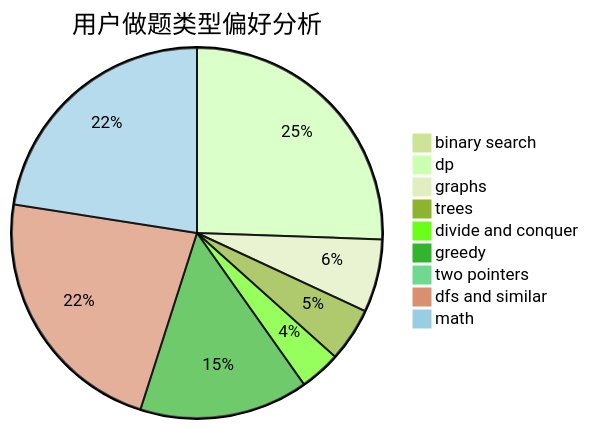
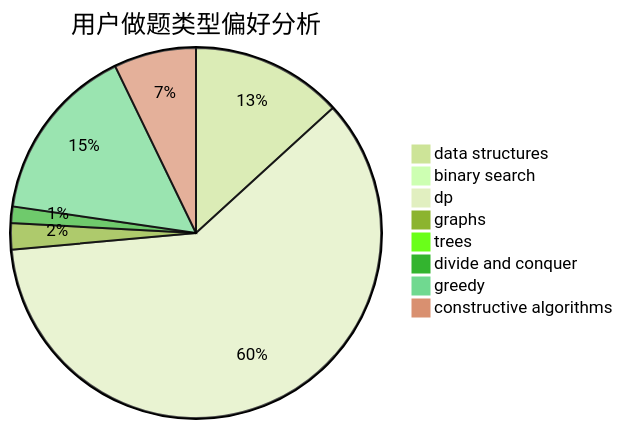
Before and after one commit to sherpahu/cfrs.github.io: the second of 3 diagrams in docs/user/u2469.md, drawn with Mermaid (forest theme). The commit also changed other lines of this file and 2775 other files, not shown here.

````diff
--- a/docs/user/u2469.md
+++ b/docs/user/u2469.md
@@ -23,12 +23,11 @@
 ```mermaid
 pie title 用户做题类型偏好分析
-    "binary search" :  2
-    "dp" :  321
-    "graphs" :  80
-    "trees" :  59
-    "divide and conquer" :  45
-    "greedy" :  185
-    "two pointers" :  1
-    "dfs and similar" :  283
-    "math" :  283
+    "data structures" :  46
+    "binary search" :  1
+    "dp" :  210
+    "graphs" :  8
+    "trees" :  3
+    "divide and conquer" :  5
+    "greedy" :  54
+    "constructive algorithms" :  25
 ```
````
